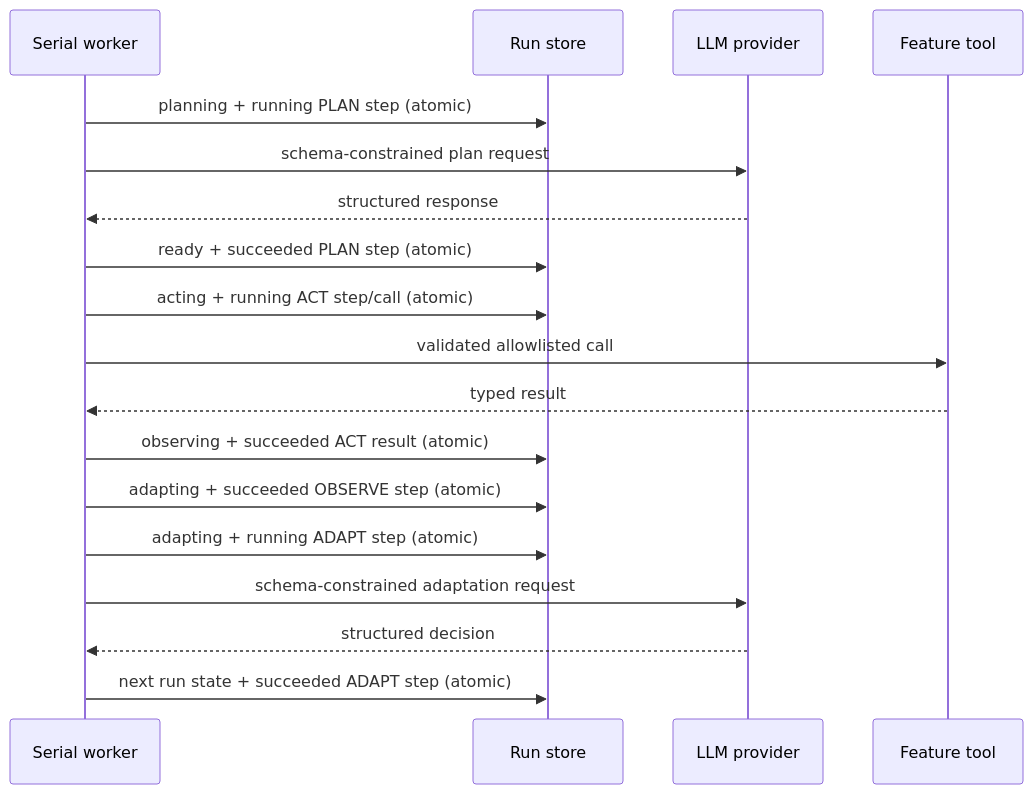
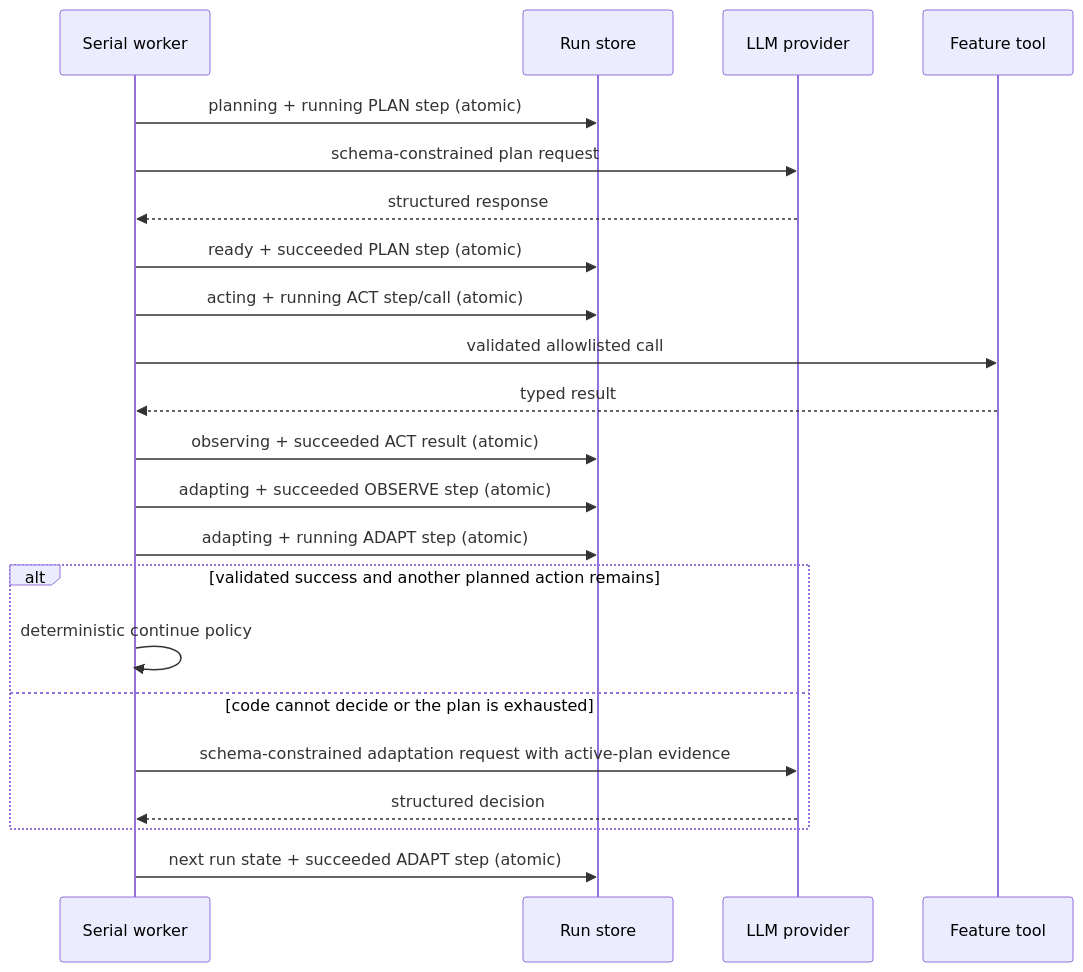
The second of 2 diagrams in docs/architecture/agent-run-state-machine.md (MattShelton04/41026ASDProject), drawn with Mermaid before and after one commit. The commit also changed other lines of this file and 28 other files, not shown here.

````diff
--- a/docs/architecture/agent-run-state-machine.md
+++ b/docs/architecture/agent-run-state-machine.md
@@ -86,23 +86,27 @@
 ```mermaid
 sequenceDiagram
     participant W as Serial worker
     participant S as Run store
     participant M as LLM provider
     participant T as Feature tool
 
     W->>S: planning + running PLAN step (atomic)
     W->>M: schema-constrained plan request
     M-->>W: structured response
     W->>S: ready + succeeded PLAN step (atomic)
 
     W->>S: acting + running ACT step/call (atomic)
     W->>T: validated allowlisted call
     T-->>W: typed result
     W->>S: observing + succeeded ACT result (atomic)
 
     W->>S: adapting + succeeded OBSERVE step (atomic)
     W->>S: adapting + running ADAPT step (atomic)
-    W->>M: schema-constrained adaptation request
-    M-->>W: structured decision
+    alt validated success and another planned action remains
+        W->>W: deterministic continue policy
+    else code cannot decide or the plan is exhausted
+        W->>M: schema-constrained adaptation request with active-plan evidence
+        M-->>W: structured decision
+    end
     W->>S: next run state + succeeded ADAPT step (atomic)
 ```
````
